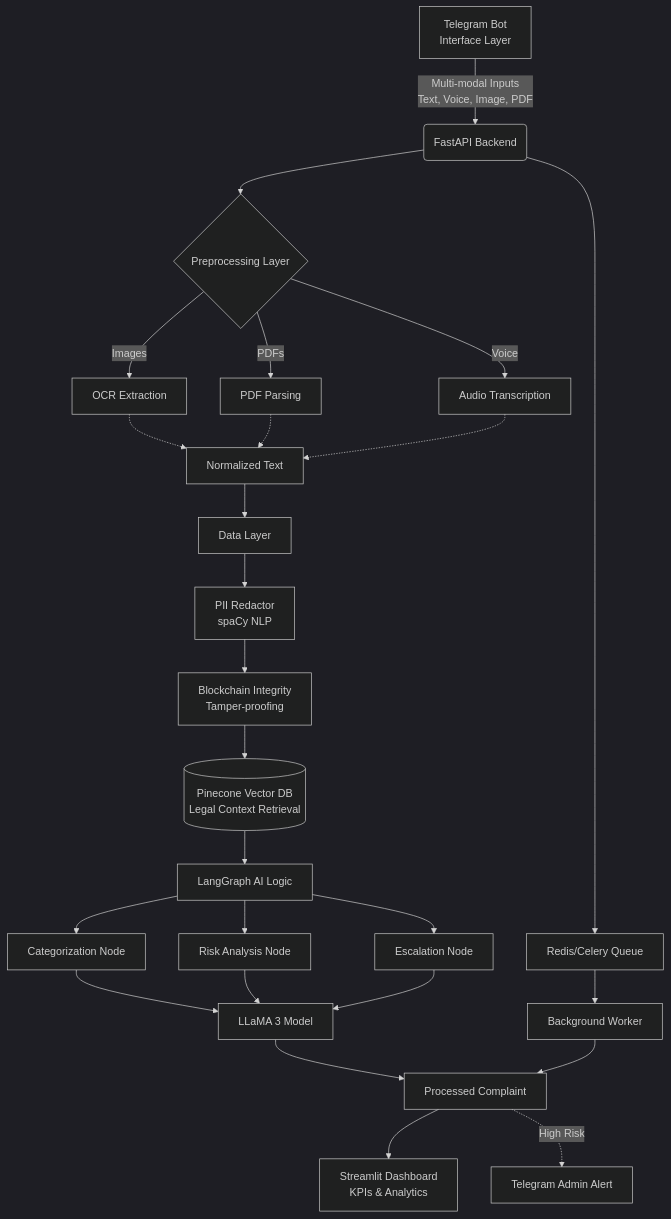
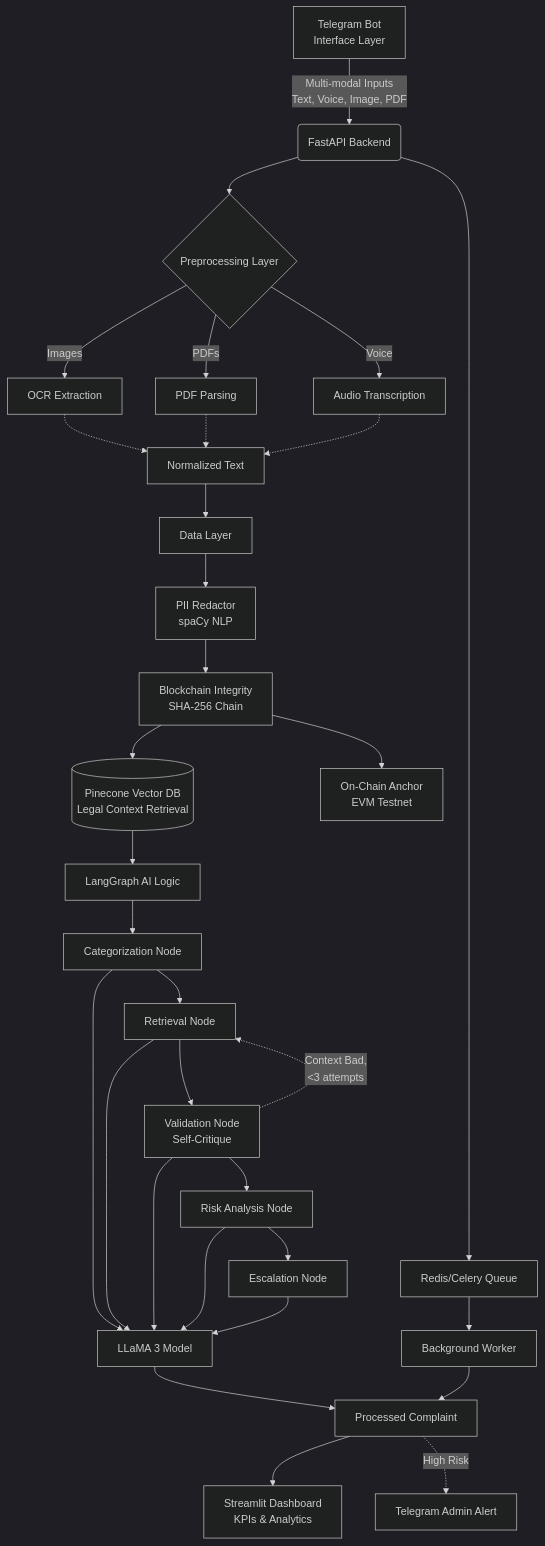
The diagram in README.md (AbhijithPM507/C3MS-Vigilance-Intelligence), drawn with Mermaid (dark theme) before and after one commit. The commit also changed other lines of this file and 9 other files, not shown here.

````diff
--- a/README.md
+++ b/README.md
@@ -14,24 +14,28 @@
 ```mermaid
 graph TD
     A[Telegram Bot<br/>Interface Layer] -->|Multi-modal Inputs<br/>Text, Voice, Image, PDF| B(FastAPI Backend)
     B --> C{Preprocessing Layer}
     C -->|Images| D[OCR Extraction]
     C -->|PDFs| E[PDF Parsing]
     C -->|Voice| F[Audio Transcription]
     D & E & F -.-> G[Normalized Text]
     G --> H[Data Layer]
     H --> I[PII Redactor<br/>spaCy NLP]
-    I --> J[Blockchain Integrity<br/>Tamper-proofing]
+    I --> J[Blockchain Integrity<br/>SHA-256 Chain]
     J --> K[(Pinecone Vector DB<br/>Legal Context Retrieval)]
+    J --> L2[On-Chain Anchor<br/>EVM Testnet]
     K --> L[LangGraph AI Logic]
     L --> M[Categorization Node]
-    L --> N[Risk Analysis Node]
-    L --> O[Escalation Node]
-    M & N & O --> P[LLaMA 3 Model]
-    P --> Q[Processed Complaint]
-    Q --> R[Streamlit Dashboard<br/>KPIs & Analytics]
-    Q -.->|High Risk| S[Telegram Admin Alert]
-    B --> T[Redis/Celery Queue]
-    T --> U[Background Worker]
-    U --> Q
+    M --> N[Retrieval Node]
+    N --> O[Validation Node<br/>Self-Critique]
+    O -.->|Context Bad,<br/>&lt;3 attempts| N
+    O --> P[Risk Analysis Node]
+    P --> Q[Escalation Node]
+    M & N & O & P & Q --> R[LLaMA 3 Model]
+    R --> S[Processed Complaint]
+    S --> T[Streamlit Dashboard<br/>KPIs & Analytics]
+    S -.->|High Risk| U[Telegram Admin Alert]
+    B --> V[Redis/Celery Queue]
+    V --> W[Background Worker]
+    W --> S
 ```
````
